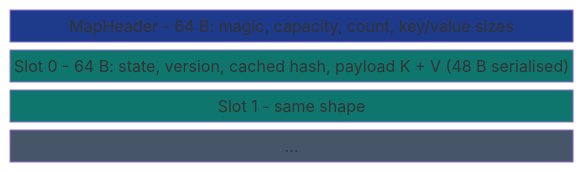
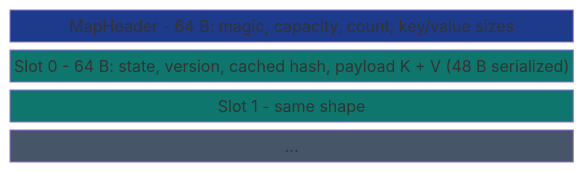
Before and after one commit to Variably-Constant/SubEtha: the diagram in wiki/content/docs/reference/subetha-cxc/maps/shared-hash-map.md, drawn with Mermaid. The commit also changed other lines of this file and 620 other files, not shown here.

````diff
--- a/wiki/content/docs/reference/subetha-cxc/maps/shared-hash-map.md
+++ b/wiki/content/docs/reference/subetha-cxc/maps/shared-hash-map.md
@@ -64,14 +64,14 @@
 ```mermaid
 block-beta
   columns 1
   hdr["MapHeader - 64 B: magic, capacity, count, key/value sizes"]
-  s0["Slot 0 - 64 B: state, version, cached hash, payload K + V (48 B serialised)"]
+  s0["Slot 0 - 64 B: state, version, cached hash, payload K + V (48 B serialized)"]
   s1["Slot 1 - same shape"]
   dots["..."]
   classDef hdrC fill:#1e3a8a,color:#ffffff
   classDef slotC fill:#0f766e,color:#ffffff
   classDef padC fill:#475569,color:#ffffff
   class hdr hdrC
   class s0,s1 slotC
   class dots padC
 ```
````
